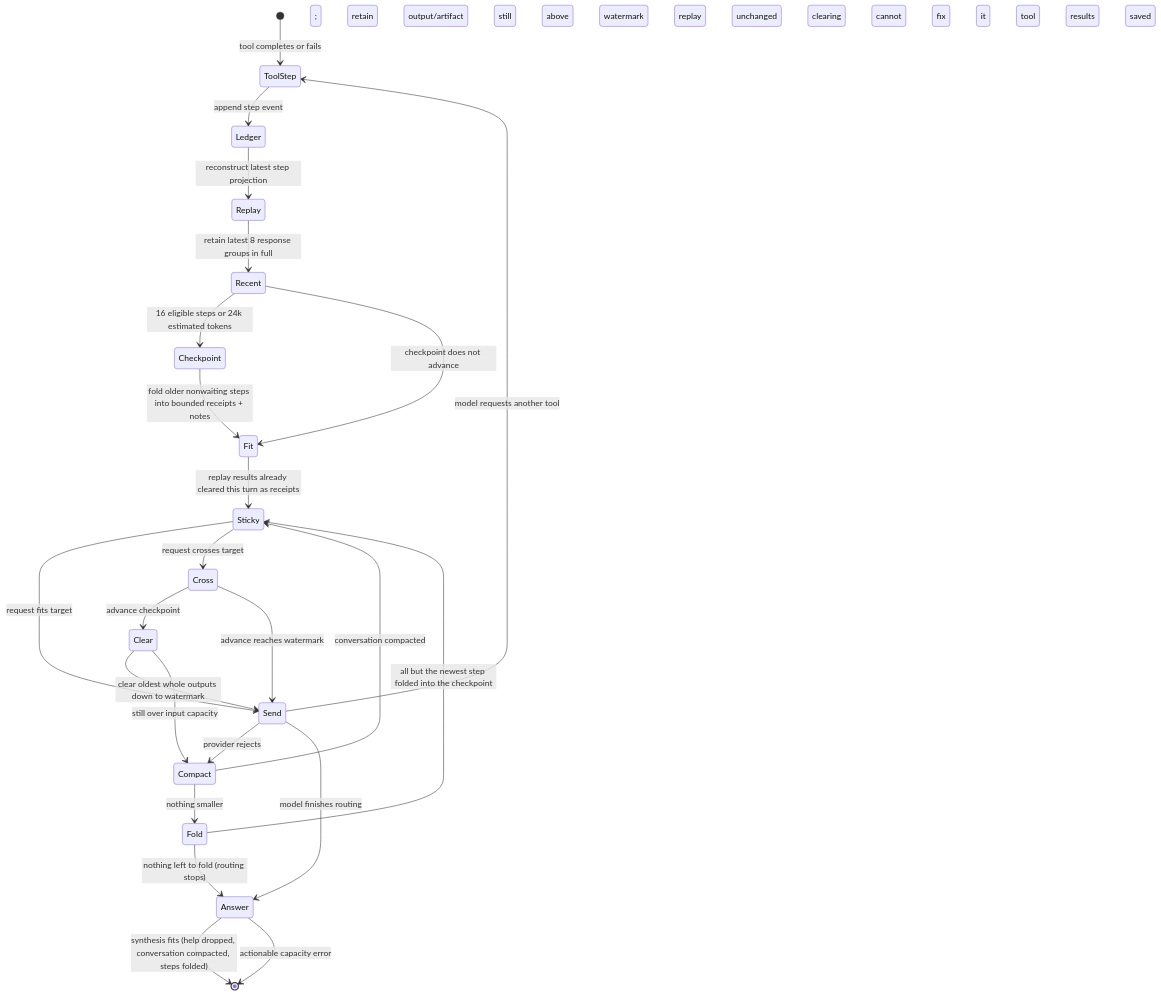
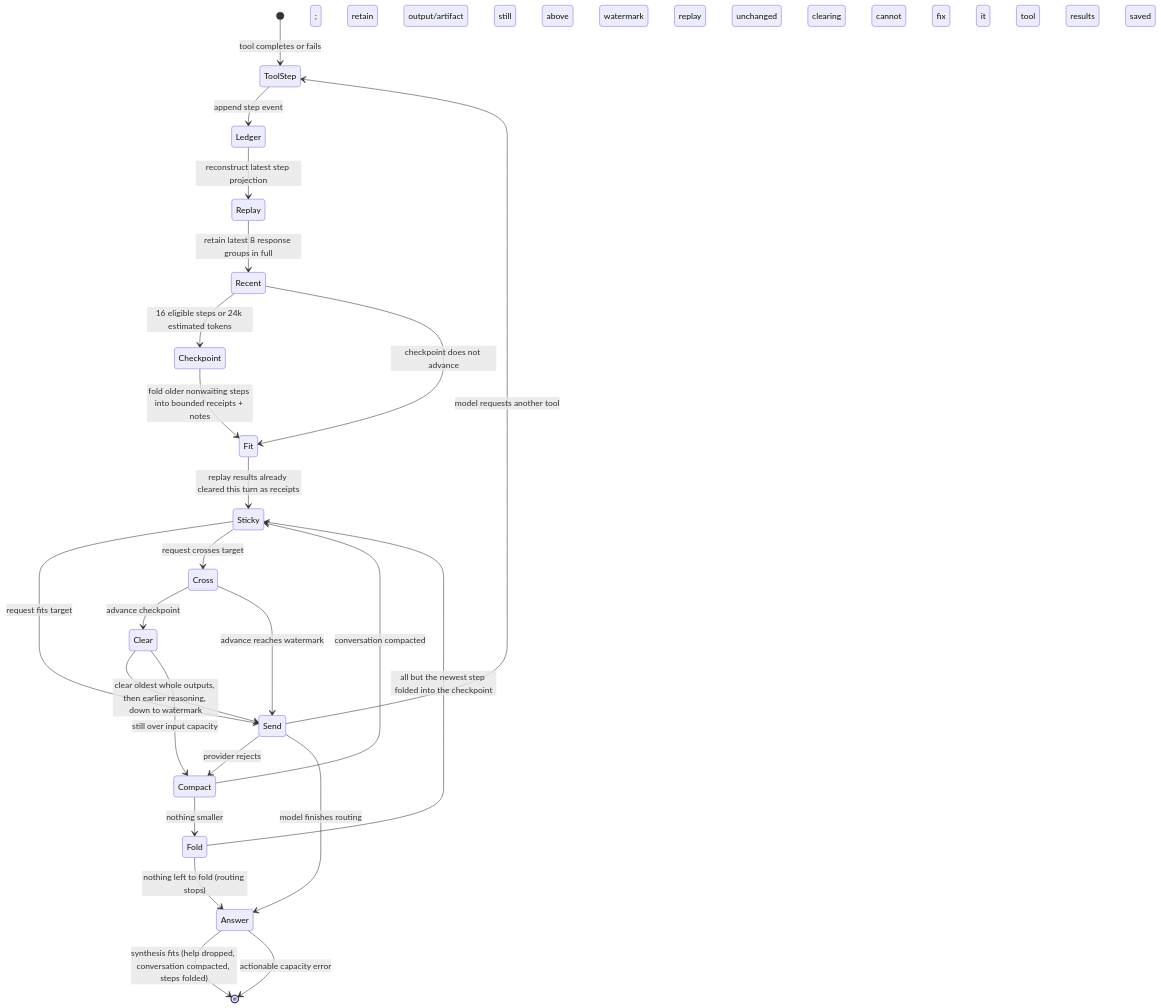
One commit to berylliumsec/nebula changed the second of 2 diagrams in docs/design/assistant-context-state-machine.md. Above: the diagram before and after it, drawn with Mermaid. The commit also changed 5 other files, not shown here.

````diff
--- a/docs/design/assistant-context-state-machine.md
+++ b/docs/design/assistant-context-state-machine.md
@@ -58,26 +58,26 @@
 ```mermaid
 stateDiagram-v2
     [*] --> ToolStep: tool completes or fails
     ToolStep --> Ledger: append step event; retain output/artifact
     Ledger --> Replay: reconstruct latest step projection
     Replay --> Recent: retain latest 8 response groups in full
     Recent --> Checkpoint: 16 eligible steps or 24k estimated tokens
     Recent --> Fit: checkpoint does not advance
     Checkpoint --> Fit: fold older nonwaiting steps into bounded receipts + notes
     Fit --> Sticky: replay results already cleared this turn as receipts
     Sticky --> Send: request fits target
     Sticky --> Cross: request crosses target
     Cross --> Clear: advance checkpoint; still above watermark
     Cross --> Send: advance reaches watermark
-    Clear --> Send: clear oldest whole outputs down to watermark
+    Clear --> Send: clear oldest whole outputs, then earlier reasoning, down to watermark
     Clear --> Compact: still over input capacity
     Compact --> Sticky: conversation compacted; replay unchanged
     Compact --> Fold: nothing smaller
     Fold --> Sticky: all but the newest step folded into the checkpoint
     Fold --> Answer: nothing left to fold (routing stops)
     Send --> Compact: provider rejects; clearing cannot fix it
     Send --> ToolStep: model requests another tool
     Send --> Answer: model finishes routing
     Answer --> [*]: synthesis fits (help dropped, conversation compacted, steps folded)
     Answer --> [*]: actionable capacity error; tool results saved
 ```
````
